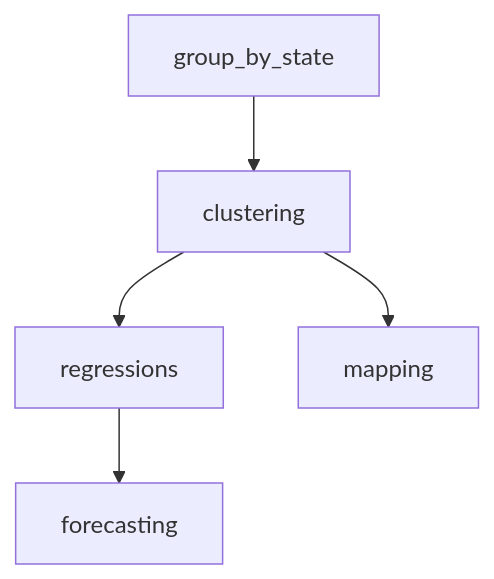
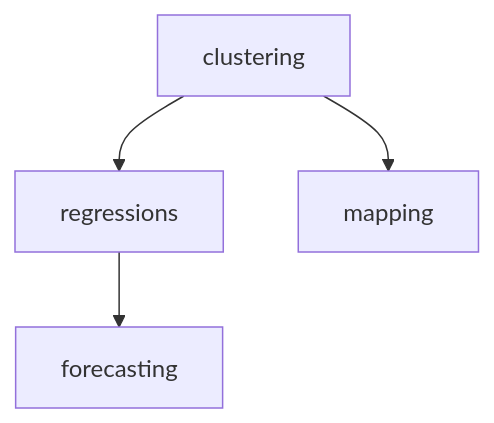
The diagram in Readme.md (ddomizzisg/weather_data), drawn with Mermaid before and after one commit. The commit also changed other lines of this file and 6 other files, not shown here.

Commit message:
Simple flow to connect multiple python classes

````diff
--- a/Readme.md
+++ b/Readme.md
@@ -3,7 +3,6 @@
 ```mermaid
 flowchart TD
-    group_by_state-->clustering
     clustering-->regressions
     clustering-->mapping
     regressions-->forecasting
 ```
````
